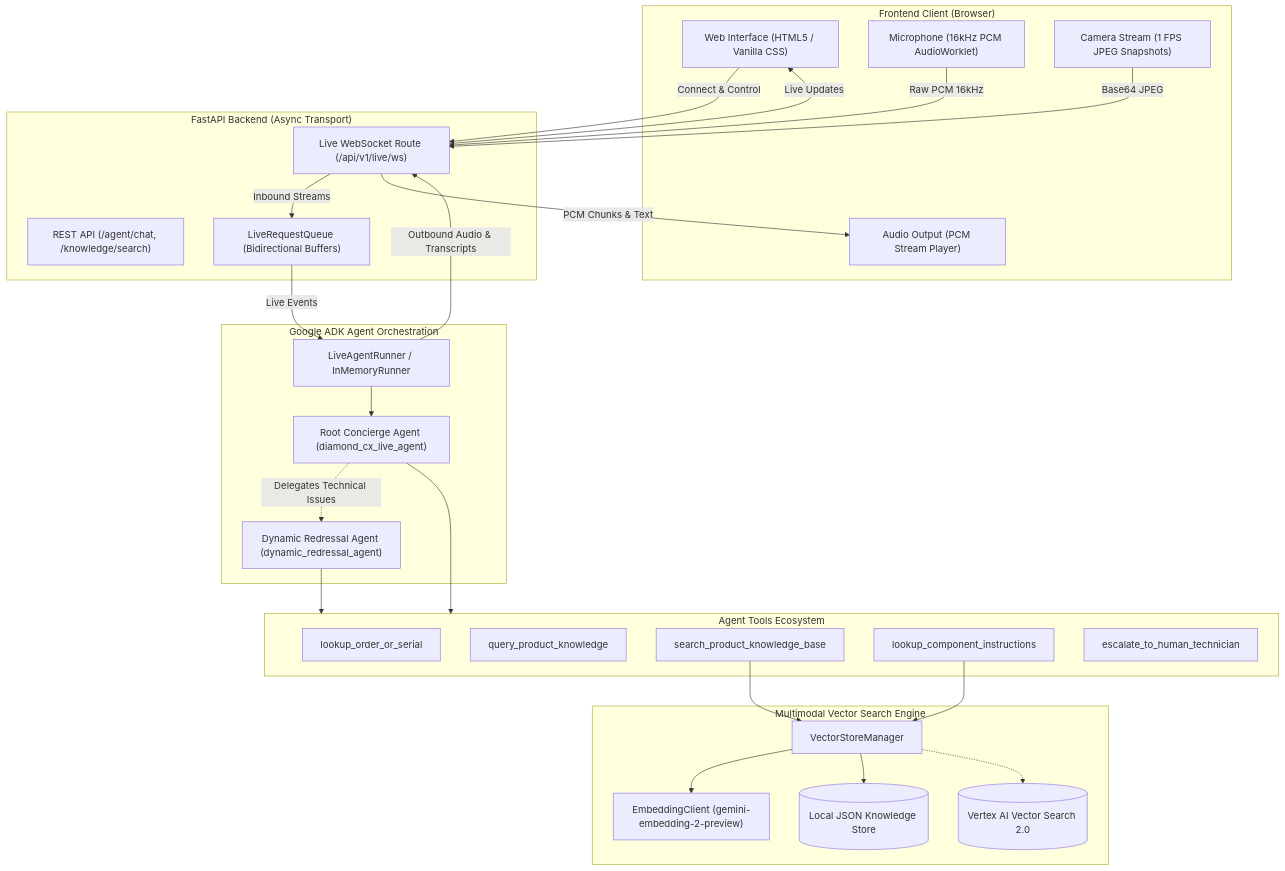
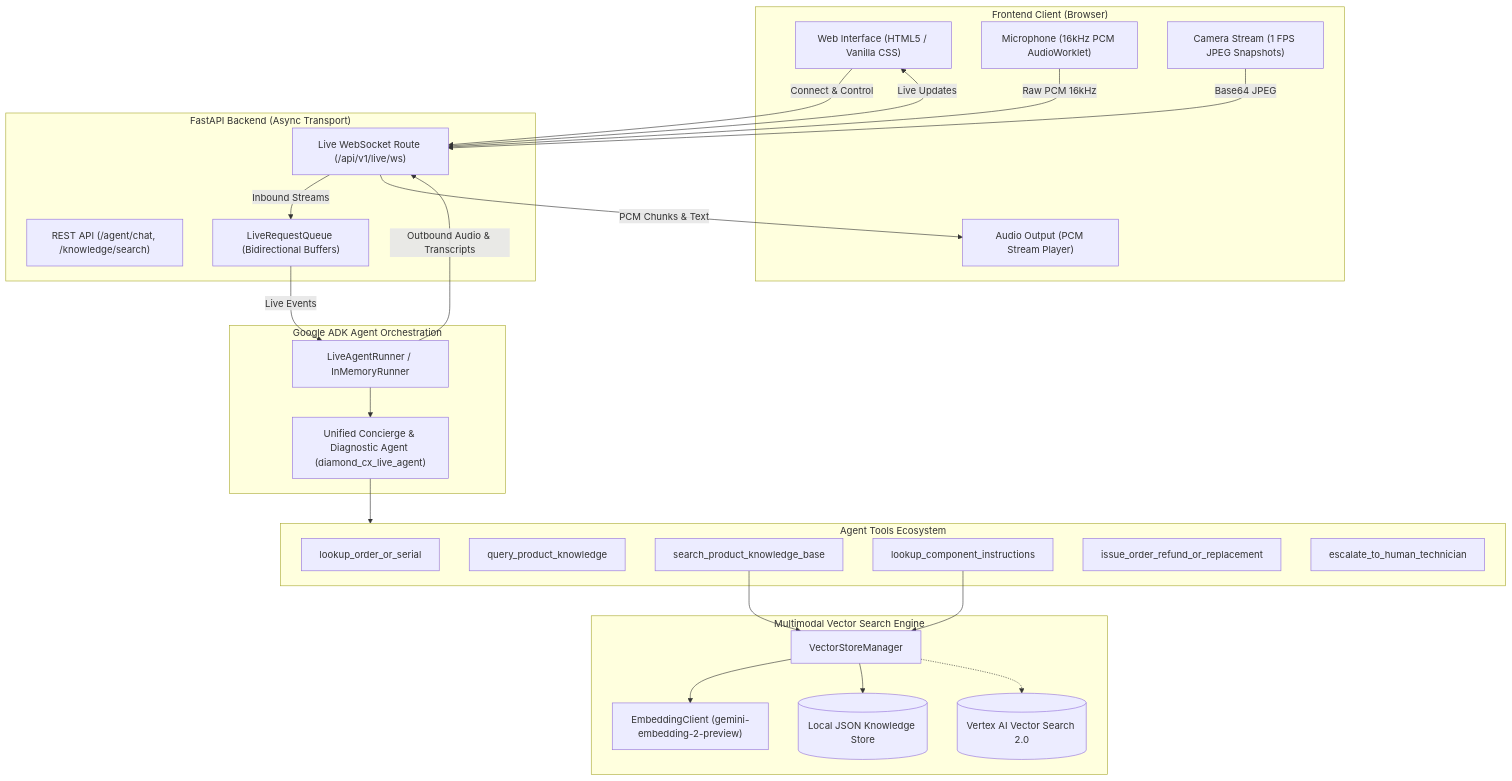
Before and after one commit to titanventura/diamond-cx: the first of 6 diagrams in PROJECT_FLOW.md, drawn with Mermaid. The commit also changed other lines of this file and 3 other files, not shown here.

Commit message:
refactor(agent): unify into root agent with observant verification-first protocol

````diff
--- a/PROJECT_FLOW.md
+++ b/PROJECT_FLOW.md
@@ -52,57 +52,54 @@
 ```mermaid
 flowchart TB
     subgraph Client["Frontend Client (Browser)"]
         UI["Web Interface (HTML5 / Vanilla CSS)"]
         Mic["Microphone (16kHz PCM AudioWorklet)"]
         Cam["Camera Stream (1 FPS JPEG Snapshots)"]
         Speaker["Audio Output (PCM Stream Player)"]
     end
 
     subgraph Transport["FastAPI Backend (Async Transport)"]
         WS["Live WebSocket Route (/api/v1/live/ws)"]
         REST["REST API (/agent/chat, /knowledge/search)"]
         Queue["LiveRequestQueue (Bidirectional Buffers)"]
     end
 
     subgraph ADK["Google ADK Agent Orchestration"]
-        RootAgent["Root Concierge Agent (diamond_cx_live_agent)"]
-        SubAgent["Dynamic Redressal Agent (dynamic_redressal_agent)"]
+        RootAgent["Unified Concierge & Diagnostic Agent (diamond_cx_live_agent)"]
         Runner["LiveAgentRunner / InMemoryRunner"]
     end
 
     subgraph Tools["Agent Tools Ecosystem"]
         T_Order["lookup_order_or_serial"]
         T_FAQ["query_product_knowledge"]
         T_Search["search_product_knowledge_base"]
         T_Comp["lookup_component_instructions"]
+        T_Refund["issue_order_refund_or_replacement"]
         T_Escalate["escalate_to_human_technician"]
     end
 
     subgraph VectorEngine["Multimodal Vector Search Engine"]
         EmbClient["EmbeddingClient (gemini-embedding-2-preview)"]
         VecMgr["VectorStoreManager"]
         LocalStore[("Local JSON Knowledge Store")]
         VertexStore[("Vertex AI Vector Search 2.0")]
     end
 
     UI -->|Connect & Control| WS
     Mic -->|Raw PCM 16kHz| WS
     Cam -->|Base64 JPEG| WS
     WS -->|Inbound Streams| Queue
     Queue -->|Live Events| Runner
     Runner --> RootAgent
-    RootAgent -.->|Delegates Technical Issues| SubAgent
 
     RootAgent --> Tools
-    SubAgent --> Tools
-
     T_Search --> VecMgr
     T_Comp --> VecMgr
     VecMgr --> EmbClient
     VecMgr --> LocalStore
     VecMgr -.-> VertexStore
 
     Runner -->|Outbound Audio & Transcripts| WS
     WS -->|PCM Chunks & Text| Speaker
     WS -->|Live Updates| UI
 ```
````
